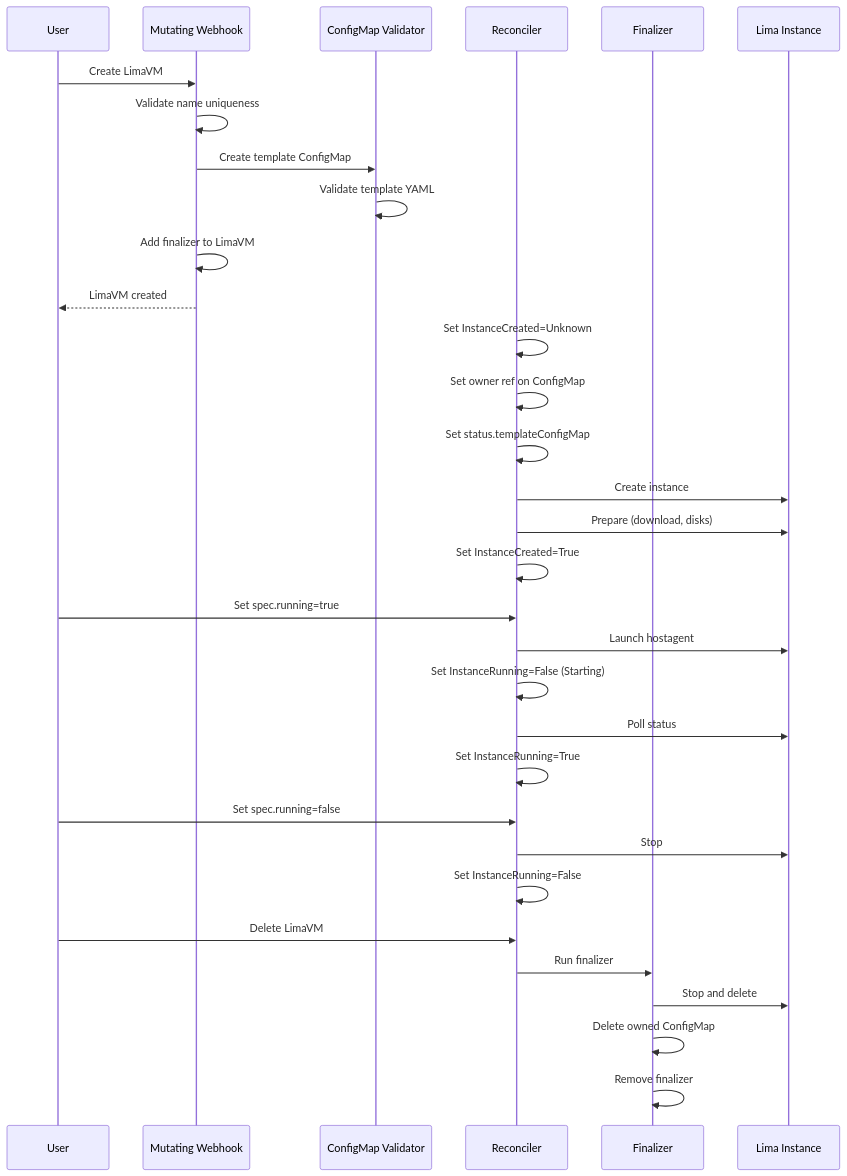
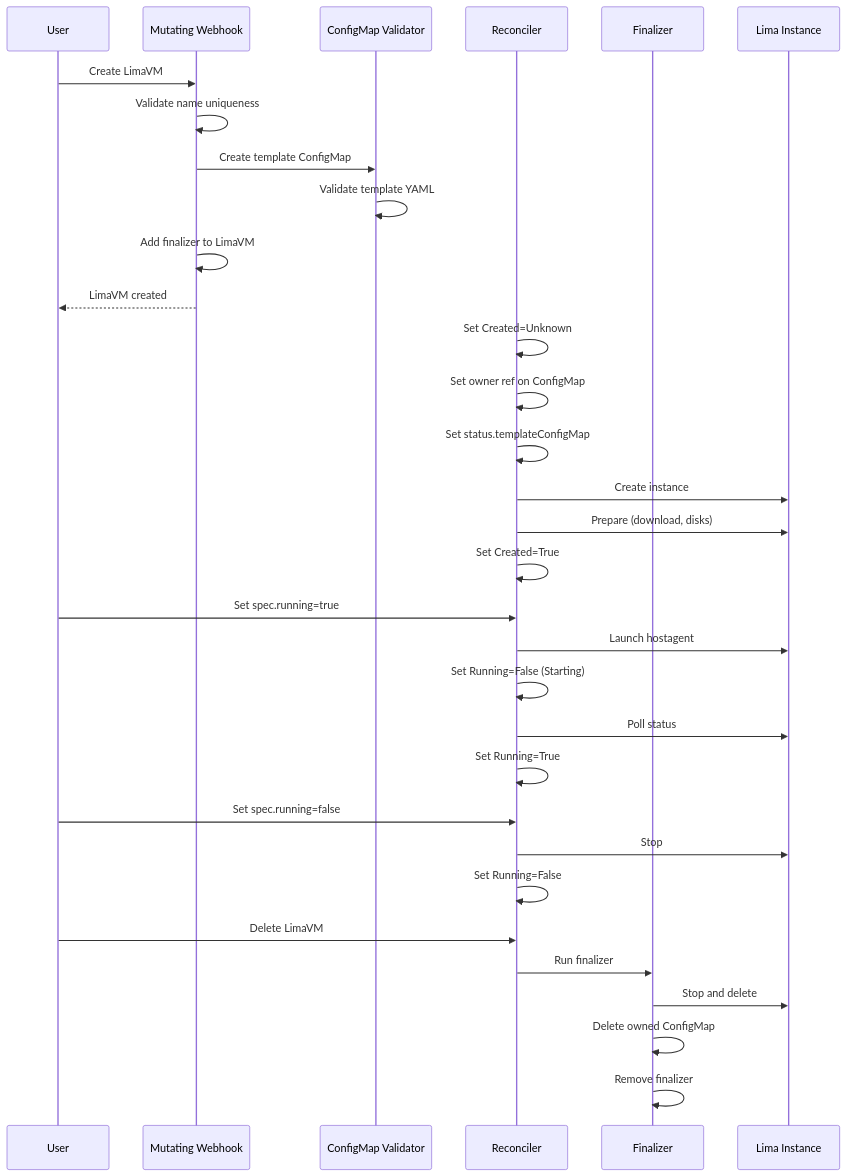
Before and after one commit to rancher-sandbox/rancher-desktop-2: the diagram in docs/design/api_lima.md, drawn with Mermaid. The commit also changed other lines of this file and 4 other files, not shown here.

First line of the commit message:
Rename LimaVM InstanceCreated condition to Created

````diff
--- a/docs/design/api_lima.md
+++ b/docs/design/api_lima.md
@@ -97,39 +97,39 @@
 ```mermaid
 sequenceDiagram
     participant User
     participant MW as Mutating Webhook
     participant VW as ConfigMap Validator
     participant R as Reconciler
     participant F as Finalizer
     participant Lima as Lima Instance
 
     User->>MW: Create LimaVM
     MW->>MW: Validate name uniqueness
     MW->>VW: Create template ConfigMap
     VW->>VW: Validate template YAML
     MW->>MW: Add finalizer to LimaVM
     MW-->>User: LimaVM created
 
-    R->>R: Set InstanceCreated=Unknown
+    R->>R: Set Created=Unknown
     R->>R: Set owner ref on ConfigMap
     R->>R: Set status.templateConfigMap
     R->>Lima: Create instance
     R->>Lima: Prepare (download, disks)
-    R->>R: Set InstanceCreated=True
+    R->>R: Set Created=True
 
     User->>R: Set spec.running=true
     R->>Lima: Launch hostagent
-    R->>R: Set InstanceRunning=False (Starting)
+    R->>R: Set Running=False (Starting)
     R->>Lima: Poll status
-    R->>R: Set InstanceRunning=True
+    R->>R: Set Running=True
 
     User->>R: Set spec.running=false
     R->>Lima: Stop
-    R->>R: Set InstanceRunning=False
+    R->>R: Set Running=False
 
     User->>R: Delete LimaVM
     R->>F: Run finalizer
     F->>Lima: Stop and delete
     F->>F: Delete owned ConfigMap
     F->>F: Remove finalizer
 ```
````
